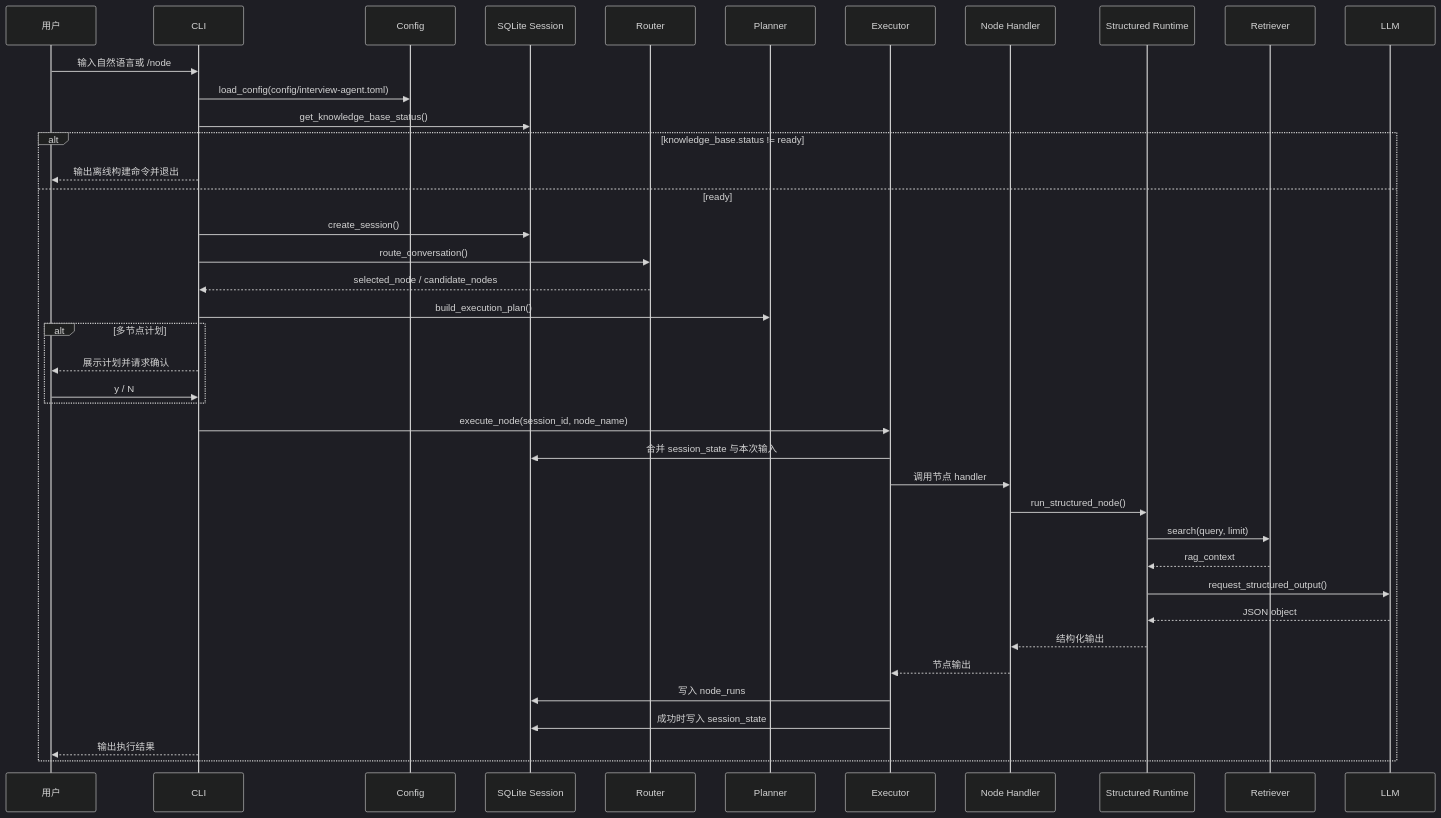
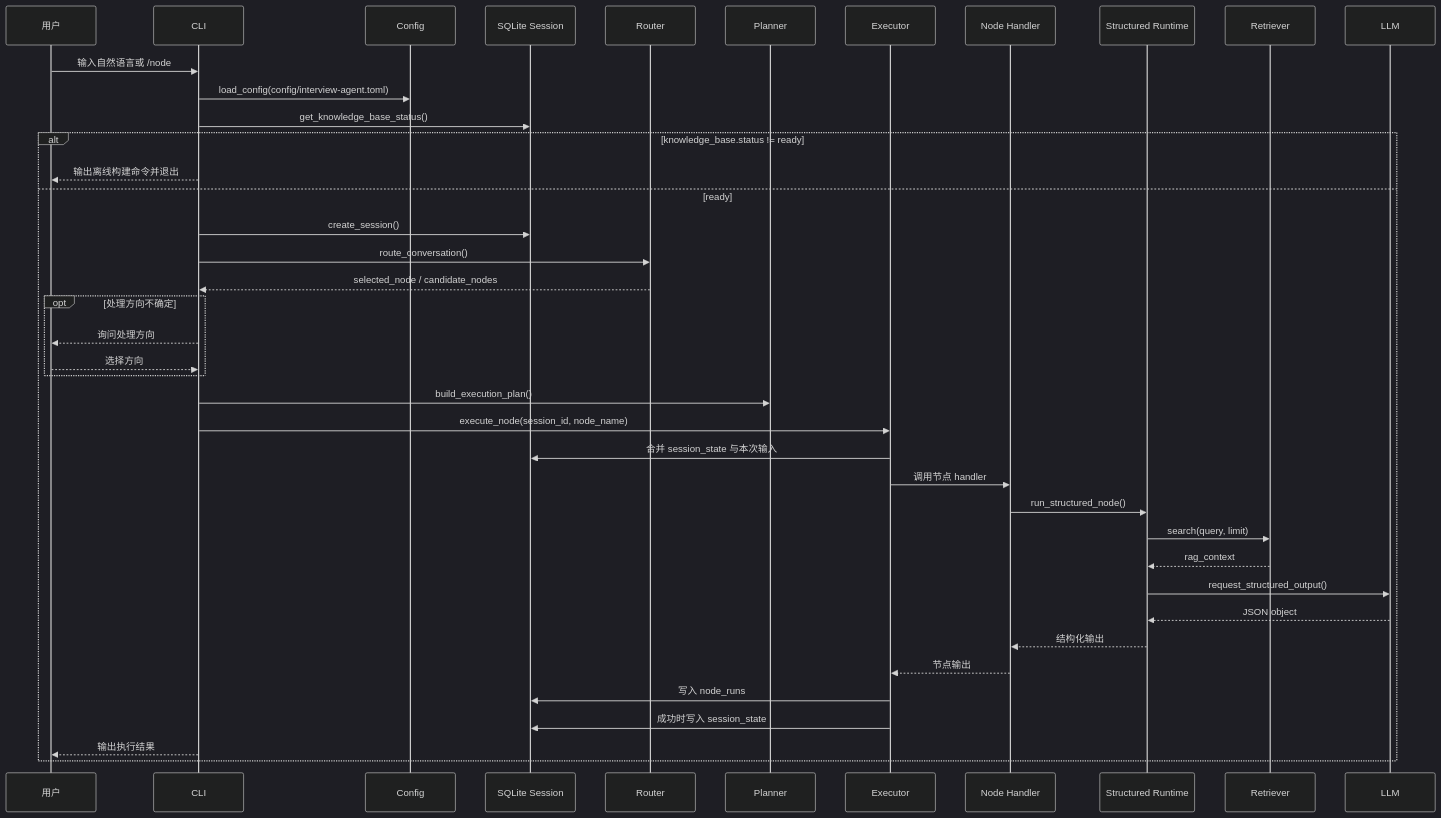
One commit to kaomianjin2/resume-agent changed the second of 4 diagrams in docs/architecture.md. Above: the diagram before and after it, drawn with Mermaid (dark theme). The commit also changed other lines of this file and 8 other files, not shown here.

````diff
--- a/docs/architecture.md
+++ b/docs/architecture.md
@@ -54,43 +55,43 @@
 ```mermaid
 sequenceDiagram
     participant U as 用户
     participant CLI as CLI
     participant C as Config
     participant S as SQLite Session
     participant R as Router
     participant P as Planner
     participant E as Executor
     participant N as Node Handler
     participant A as Structured Runtime
     participant K as Retriever
     participant L as LLM
 
     U->>CLI: 输入自然语言或 /node
     CLI->>C: load_config(config/interview-agent.toml)
     CLI->>S: get_knowledge_base_status()
     alt knowledge_base.status != ready
         CLI-->>U: 输出离线构建命令并退出
     else ready
         CLI->>S: create_session()
         CLI->>R: route_conversation()
         R-->>CLI: selected_node / candidate_nodes
+        opt 处理方向不确定
+            CLI-->>U: 询问处理方向
+            U-->>CLI: 选择方向
+        end
         CLI->>P: build_execution_plan()
-        alt 多节点计划
-            CLI-->>U: 展示计划并请求确认
-            U->>CLI: y / N
-        end
         CLI->>E: execute_node(session_id, node_name)
         E->>S: 合并 session_state 与本次输入
         E->>N: 调用节点 handler
         N->>A: run_structured_node()
         A->>K: search(query, limit)
         K-->>A: rag_context
         A->>L: request_structured_output()
         L-->>A: JSON object
         A-->>N: 结构化输出
         N-->>E: 节点输出
         E->>S: 写入 node_runs
         E->>S: 成功时写入 session_state
         CLI-->>U: 输出执行结果
     end
 ```
````
